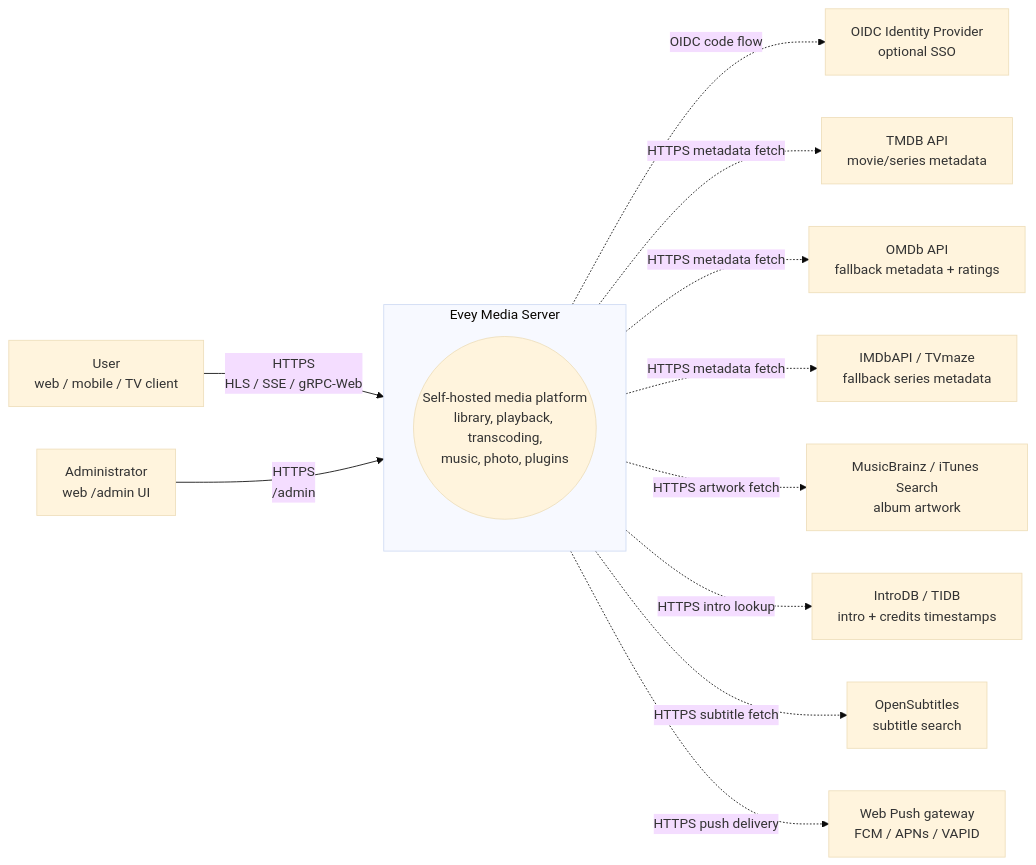
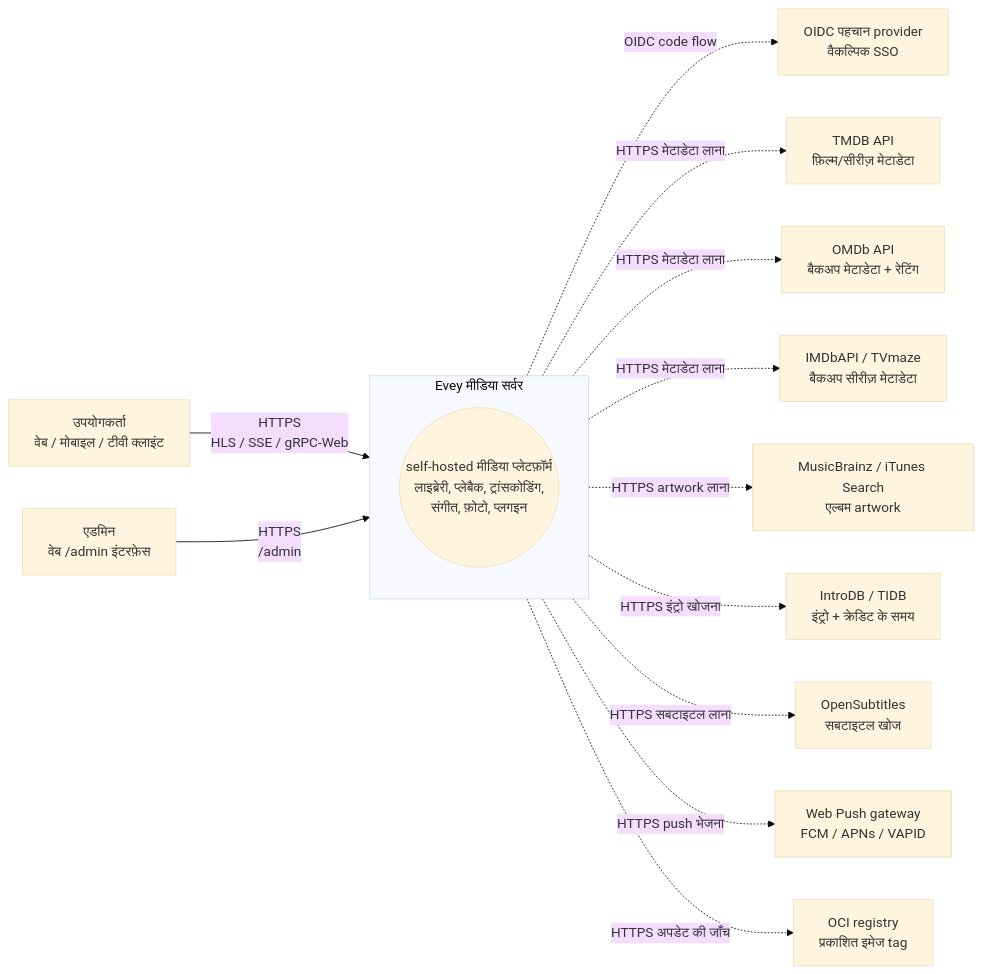
The second of 5 diagrams in wiki/translations/hi/ARCHITECTURE.md (eveyproject/evey), drawn with Mermaid (base theme) before and after one commit. The commit also changed other lines of this file and 14 other files, not shown here.

````diff
--- a/wiki/translations/hi/ARCHITECTURE.md
+++ b/wiki/translations/hi/ARCHITECTURE.md
@@ -121,28 +168,30 @@
 ```mermaid
 flowchart LR
-    user[User<br/>web / mobile / TV client]
-    admin[Administrator<br/>web /admin UI]
-    oidc[OIDC Identity Provider<br/>optional SSO]
-    tmdb[TMDB API<br/>movie/series metadata]
-    omdb[OMDb API<br/>fallback metadata + ratings]
-    imdb[IMDbAPI / TVmaze<br/>fallback series metadata]
-    art[MusicBrainz / iTunes Search<br/>album artwork]
-    introdb[IntroDB / TIDB<br/>intro + credits timestamps]
-    opensubs[OpenSubtitles<br/>subtitle search]
+    user[उपयोगकर्ता<br/>वेब / मोबाइल / टीवी क्लाइंट]
+    admin[एडमिन<br/>वेब /admin इंटरफ़ेस]
+    oidc[OIDC पहचान provider<br/>वैकल्पिक SSO]
+    tmdb[TMDB API<br/>फ़िल्म/सीरीज़ मेटाडेटा]
+    omdb[OMDb API<br/>बैकअप मेटाडेटा + रेटिंग]
+    imdb[IMDbAPI / TVmaze<br/>बैकअप सीरीज़ मेटाडेटा]
+    art[MusicBrainz / iTunes Search<br/>एल्बम artwork]
+    introdb[IntroDB / TIDB<br/>इंट्रो + क्रेडिट के समय]
+    opensubs[OpenSubtitles<br/>सबटाइटल खोज]
     webpush[Web Push gateway<br/>FCM / APNs / VAPID]
+    registry[OCI registry<br/>प्रकाशित इमेज tag]
 
-    subgraph evey[Evey Media Server]
-        core((Self-hosted media platform<br/>library, playback, transcoding,<br/>music, photo, plugins))
+    subgraph evey[Evey मीडिया सर्वर]
+        core((self-hosted मीडिया प्लेटफ़ॉर्म<br/>लाइब्रेरी, प्लेबैक, ट्रांसकोडिंग,<br/>संगीत, फ़ोटो, प्लगइन))
     end
 
     user -->|HTTPS<br/>HLS / SSE / gRPC-Web| evey
     admin -->|HTTPS<br/>/admin| evey
     evey -.->|OIDC code flow| oidc
-    evey -.->|HTTPS metadata fetch| tmdb
-    evey -.->|HTTPS metadata fetch| omdb
-    evey -.->|HTTPS metadata fetch| imdb
-    evey -.->|HTTPS artwork fetch| art
-    evey -.->|HTTPS intro lookup| introdb
-    evey -.->|HTTPS subtitle fetch| opensubs
-    evey -.->|HTTPS push delivery| webpush
+    evey -.->|HTTPS मेटाडेटा लाना| tmdb
+    evey -.->|HTTPS मेटाडेटा लाना| omdb
+    evey -.->|HTTPS मेटाडेटा लाना| imdb
+    evey -.->|HTTPS artwork लाना| art
+    evey -.->|HTTPS इंट्रो खोजना| introdb
+    evey -.->|HTTPS सबटाइटल लाना| opensubs
+    evey -.->|HTTPS push भेजना| webpush
+    evey -.->|HTTPS अपडेट की जाँच| registry
 ```
````
